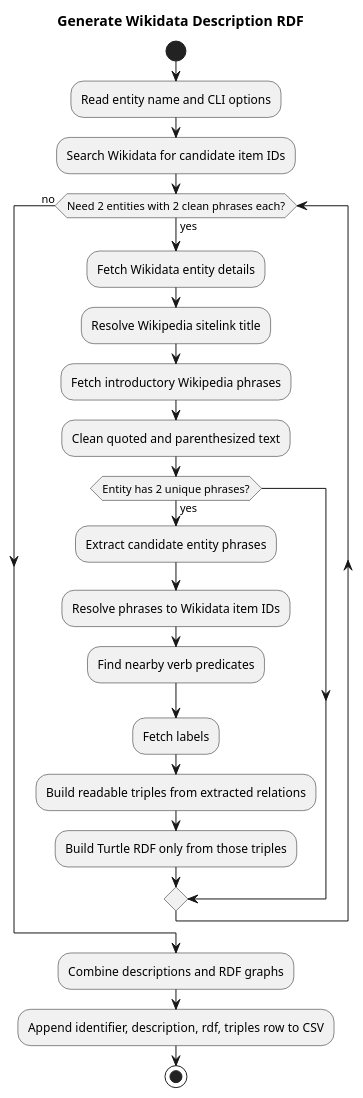
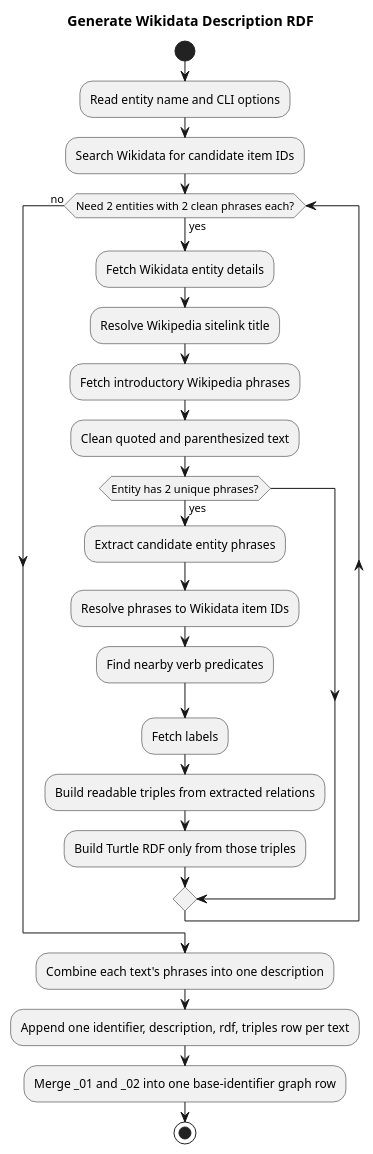
Before and after one commit to giovannabbottino/kg-dataset: the diagram in generate/docs/generate_flow.puml, drawn with PlantUML. The commit also changed 17 other files, not shown here.

```diff
--- a/generate/docs/generate_flow.puml
+++ b/generate/docs/generate_flow.puml
@@ -1,27 +1,28 @@
 @startuml
 title Generate Wikidata Description RDF
 
 start
 :Read entity name and CLI options;
 :Search Wikidata for candidate item IDs;
 
 while (Need 2 entities with 2 clean phrases each?) is (yes)
   :Fetch Wikidata entity details;
   :Resolve Wikipedia sitelink title;
   :Fetch introductory Wikipedia phrases;
   :Clean quoted and parenthesized text;
 
   if (Entity has 2 unique phrases?) then (yes)
     :Extract candidate entity phrases;
     :Resolve phrases to Wikidata item IDs;
     :Find nearby verb predicates;
     :Fetch labels;
     :Build readable triples from extracted relations;
     :Build Turtle RDF only from those triples;
   endif
 endwhile (no)
 
-:Combine descriptions and RDF graphs;
-:Append identifier, description, rdf, triples row to CSV;
+:Combine each text's phrases into one description;
+:Append one identifier, description, rdf, triples row per text;
+:Merge _01 and _02 into one base-identifier graph row;
 stop
 @enduml
```
